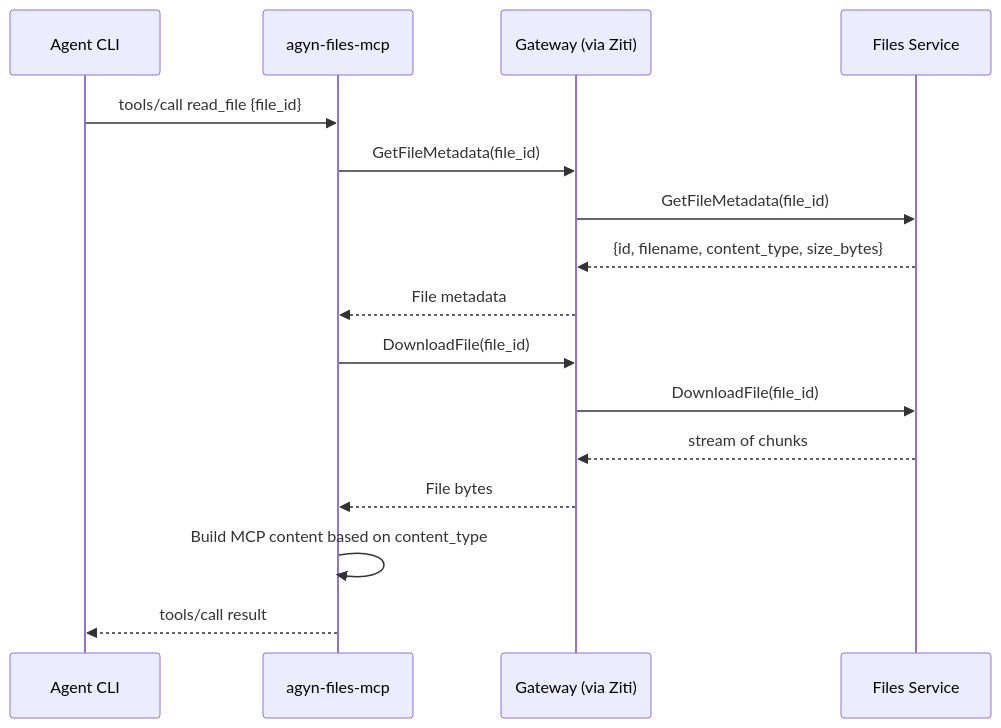
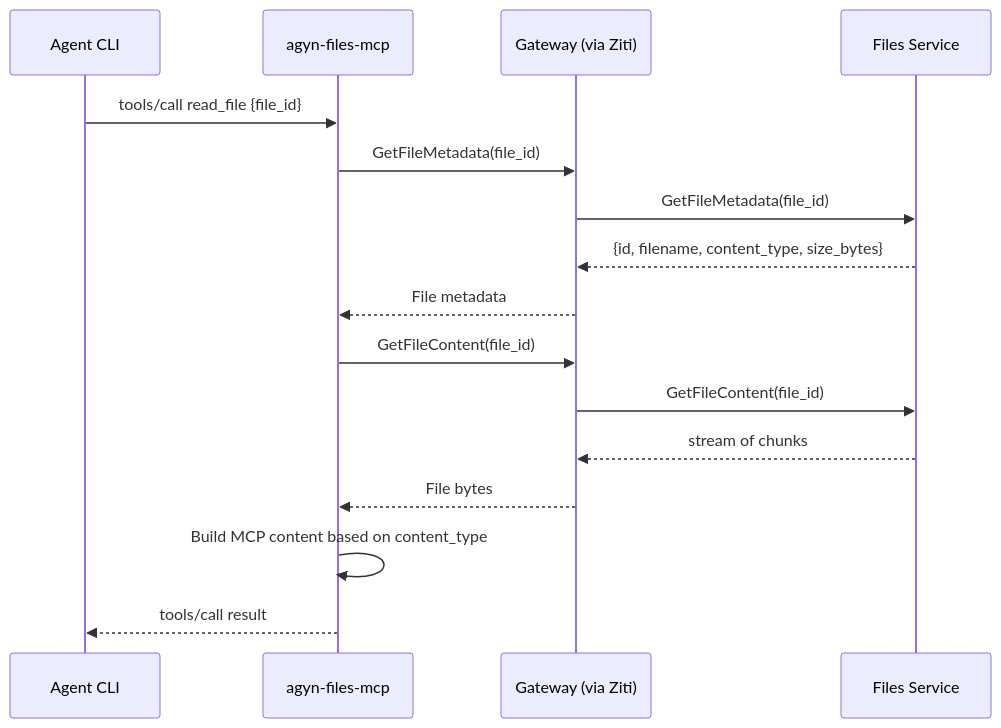
One commit to agynio/architecture changed the second of 2 diagrams in architecture/agyn-files-mcp.md. Above: the diagram before and after it, drawn with Mermaid. The commit also changed other lines of this file and 2 other files, not shown here.

Commit message:
rename: DownloadFile → GetFileContent

````diff
--- a/architecture/agyn-files-mcp.md
+++ b/architecture/agyn-files-mcp.md
@@ -72,19 +72,19 @@
 ```mermaid
 sequenceDiagram
     participant A as Agent CLI
     participant MCP as agyn-files-mcp
     participant GW as Gateway (via Ziti)
     participant F as Files Service
 
     A->>MCP: tools/call read_file {file_id}
     MCP->>GW: GetFileMetadata(file_id)
     GW->>F: GetFileMetadata(file_id)
     F-->>GW: {id, filename, content_type, size_bytes}
     GW-->>MCP: File metadata
-    MCP->>GW: DownloadFile(file_id)
-    GW->>F: DownloadFile(file_id)
+    MCP->>GW: GetFileContent(file_id)
+    GW->>F: GetFileContent(file_id)
     F-->>GW: stream of chunks
     GW-->>MCP: File bytes
     MCP->>MCP: Build MCP content based on content_type
     MCP-->>A: tools/call result
 ```
````
